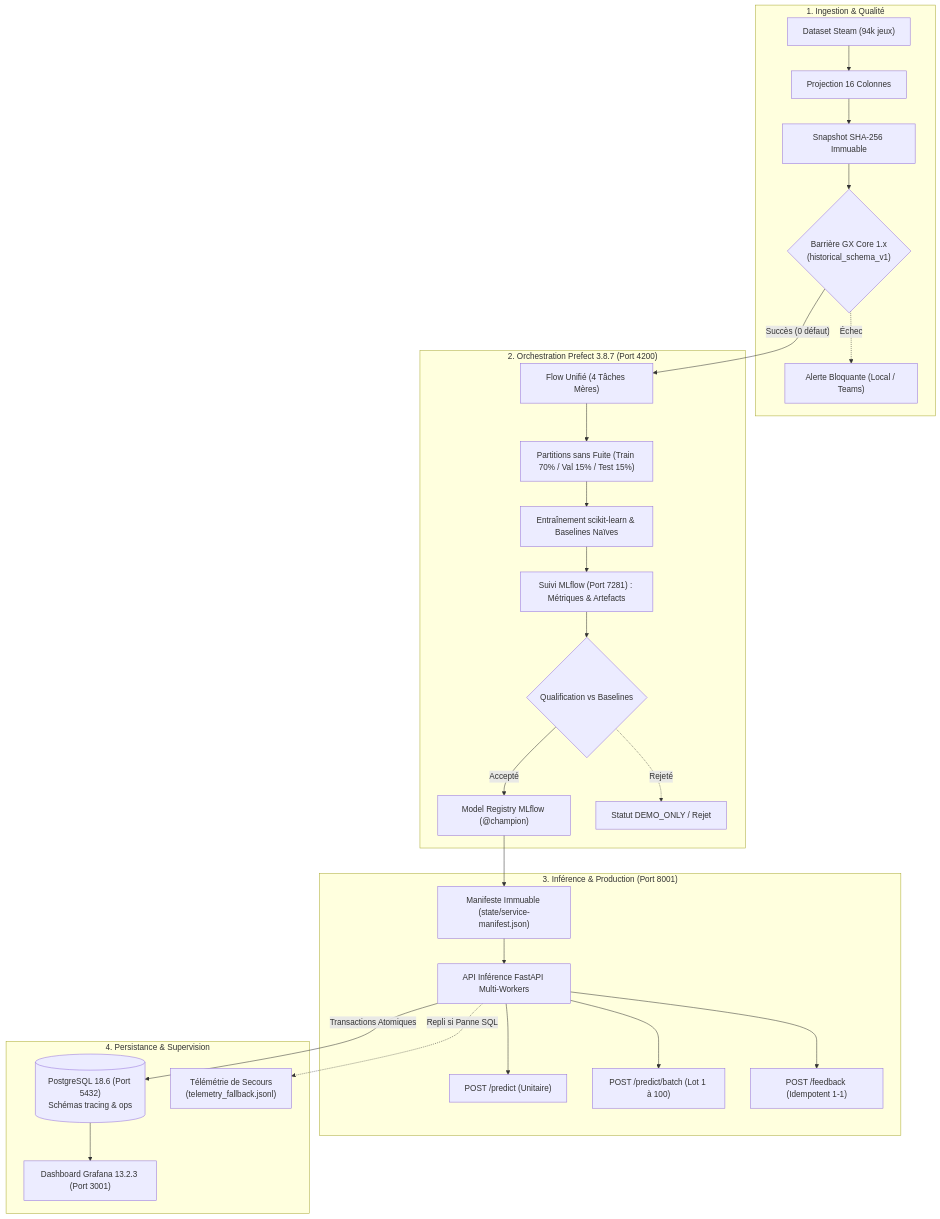
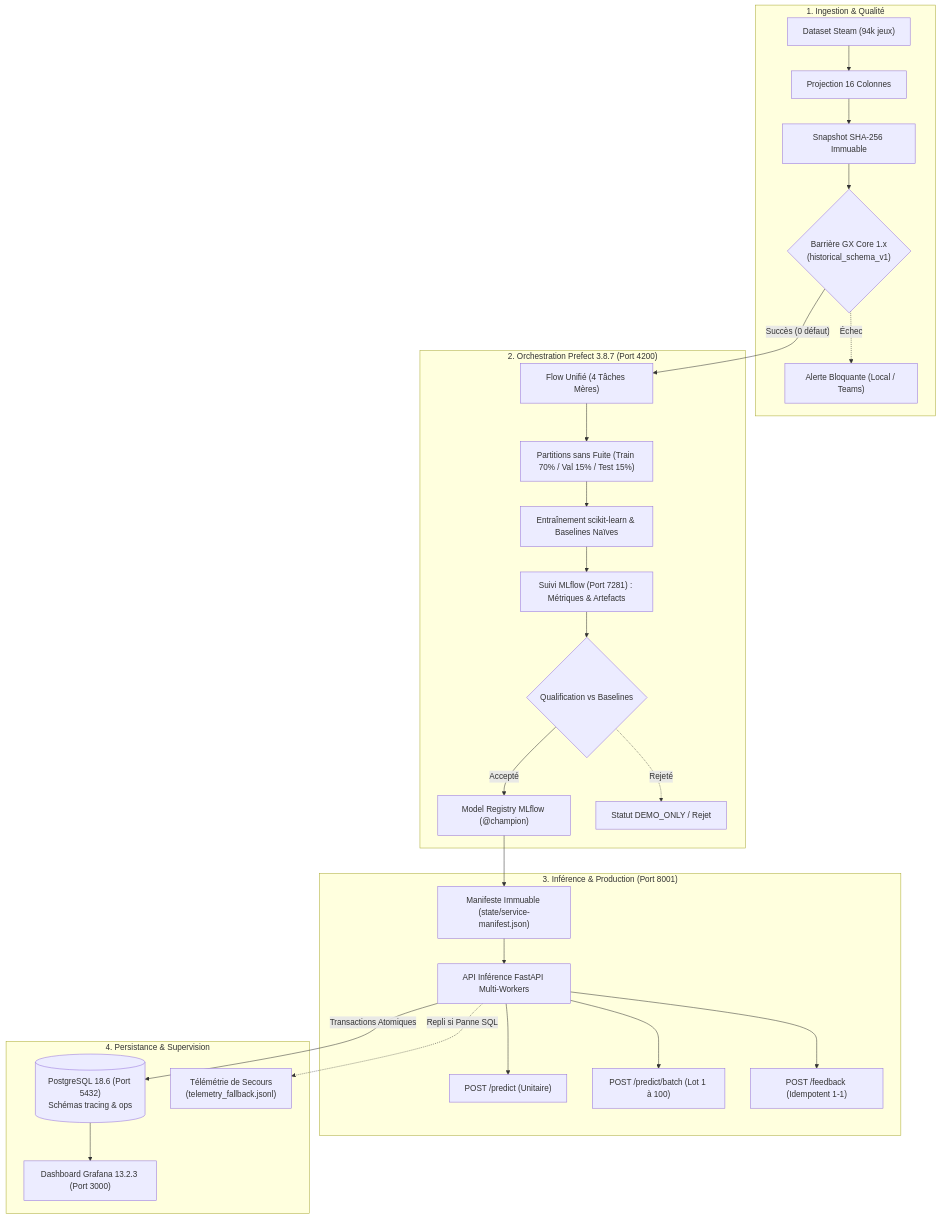
Before and after one commit to KamKam0/Supinfo_5MLDE: the diagram in README.md, drawn with Mermaid. The commit also changed other lines of this file, not shown here.

````diff
--- a/README.md
+++ b/README.md
@@ -35,33 +35,33 @@
 ```mermaid
 flowchart TD
     subgraph Ingestion["1. Ingestion & Qualité"]
         CSV["Dataset Steam (94k jeux)"] --> Projection["Projection 16 Colonnes"]
         Projection --> Snapshot["Snapshot SHA-256 Immuable"]
         Snapshot --> GX{"Barrière GX Core 1.x<br/>(historical_schema_v1)"}
         GX -.->|"Échec"| Alert["Alerte Bloquante (Local / Teams)"]
     end
 
     subgraph Orchestration["2. Orchestration Prefect 3.8.7 (Port 4200)"]
         GX -->|"Succès (0 défaut)"| Flow["Flow Unifié (4 Tâches Mères)"]
         Flow --> Partitions["Partitions sans Fuite (Train 70% / Val 15% / Test 15%)"]
         Partitions --> Train["Entraînement scikit-learn & Baselines Naïves"]
         Train --> Tracking["Suivi MLflow (Port 7281) : Métriques & Artefacts"]
         Tracking --> Eval{"Qualification vs Baselines"}
         Eval -->|"Accepté"| Registry["Model Registry MLflow (@champion)"]
         Eval -.->|"Rejeté"| DemoOnly["Statut DEMO_ONLY / Rejet"]
     end
 
     subgraph Service["3. Inférence & Production (Port 8001)"]
         Registry --> Manifest["Manifeste Immuable (state/service-manifest.json)"]
         Manifest --> FastAPI["API Inférence FastAPI Multi-Workers"]
         FastAPI --> PredictUnit["POST /predict (Unitaire)"]
         FastAPI --> PredictBatch["POST /predict/batch (Lot 1 à 100)"]
         FastAPI --> Feedback["POST /feedback (Idempotent 1-1)"]
     end
 
     subgraph Storage["4. Persistance & Supervision"]
         FastAPI -->|"Transactions Atomiques"| Postgres[("PostgreSQL 18.6 (Port 5432)<br/>Schémas tracing & ops")]
         FastAPI -.->|"Repli si Panne SQL"| Fallback["Télémétrie de Secours<br/>(telemetry_fallback.jsonl)"]
-        Postgres --> Grafana["Dashboard Grafana 13.2.3 (Port 3001)"]
+        Postgres --> Grafana["Dashboard Grafana 13.2.3 (Port 3000)"]
     end
 ```
````
